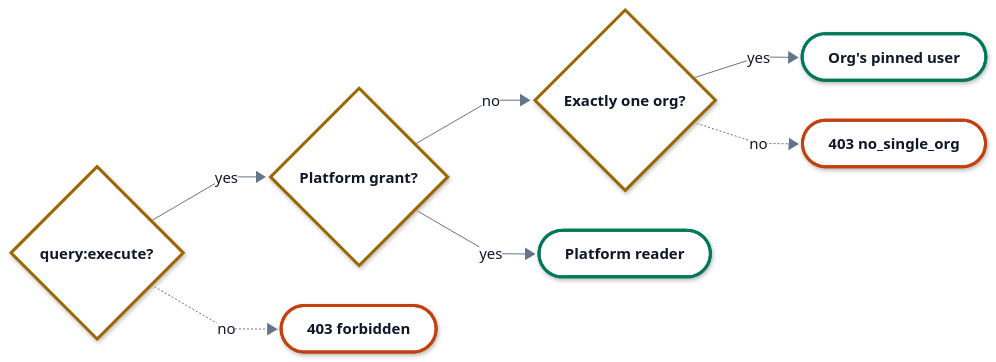
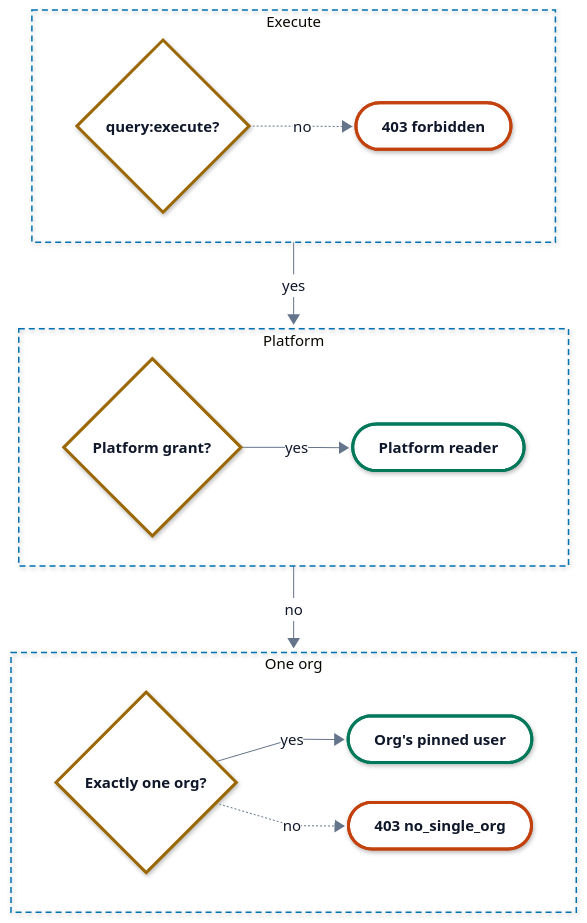
Before and after one commit to hyperi-io/dfe-engine: the sixth of 8 diagrams in docs/control-plane/rbac.md, drawn with Mermaid. The commit also changed other lines of this file and 32 other files, not shown here.

First line of the commit message:
docs(architecture): engine page to the standard, diagrams to 860 px (#1209)

````diff
--- a/docs/control-plane/rbac.md
+++ b/docs/control-plane/rbac.md
@@ -859,27 +862,36 @@
     .ui .label-icon{color:#D9480F}
     .ext .label-icon{color:#64748B}
 ---
-flowchart LR
+flowchart TB
   accTitle: L4 Detail -- Who reads as whom
   accDescr: A caller without query execute is refused. A caller with a platform grant reads as the platform reader, which sees every org. Any other caller that resolves to exactly one registered org reads as that org's pinned user, and the rest are refused with no_single_org.
 
-  exec{"<b>query:execute?</b>"}
+  subgraph q1["Execute"]
+    direction LR
+    exec{"<b>query:execute?</b>"}
+    forbid(["<b>403 forbidden</b>"])
+  end
+  subgraph q2["Platform"]
+    direction LR
+    plat{"<b>Platform grant?</b>"}
+    reader(["<b>Platform reader</b>"])
+  end
+  subgraph q3["One org"]
+    direction LR
+    one{"<b>Exactly one org?</b>"}
+    pinned(["<b>Org's pinned user</b>"])
+    nosingle(["<b>403 no_single_org</b>"])
+  end
 
-  plat{"<b>Platform grant?</b>"}
-  forbid(["<b>403 forbidden</b>"])
-
-  one{"<b>Exactly one org?</b>"}
-  reader(["<b>Platform reader</b>"])
-
-  pinned(["<b>Org's pinned user</b>"])
-  nosingle(["<b>403 no_single_org</b>"])
-
-  exec -->|yes| plat
+  q1 -->|yes| q2
   exec -.->|no| forbid
-  plat -->|no| one
+  q2 -->|no| q3
   plat -->|yes| reader
   one -->|yes| pinned
   one -.->|no| nosingle
+  class reader,pinned store
+  class exec,plat,one decision
+  class forbid,nosingle error
   classDef ext fill:#F4F6F8,stroke:#94A3B8,stroke-width:1.5px,stroke-dasharray:5 4,color:#0F172A
   classDef ingest fill:#FFFFFF,stroke:#0E8A7D,stroke-width:3px,color:#0F172A
   classDef xform fill:#FFFFFF,stroke:#7B4FB0,stroke-width:3px,color:#0F172A
@@ -891,7 +903,7 @@
   classDef error fill:#FFFFFF,stroke:#C2410C,stroke-width:3px,color:#0F172A
   classDef control fill:#FFFFFF,stroke:#334155,stroke-width:3px,color:#0F172A
   classDef part fill:#FFFFFF,stroke:#94A3B8,stroke-width:1.5px,color:#0F172A
-  class reader,pinned store
-  class exec,plat,one decision
-  class forbid,nosingle error
+  style q1 fill:none,stroke:#0072B2,stroke-width:1.5px,stroke-dasharray:6 4
+  style q2 fill:none,stroke:#0072B2,stroke-width:1.5px,stroke-dasharray:6 4
+  style q3 fill:none,stroke:#0072B2,stroke-width:1.5px,stroke-dasharray:6 4
 ```
````
